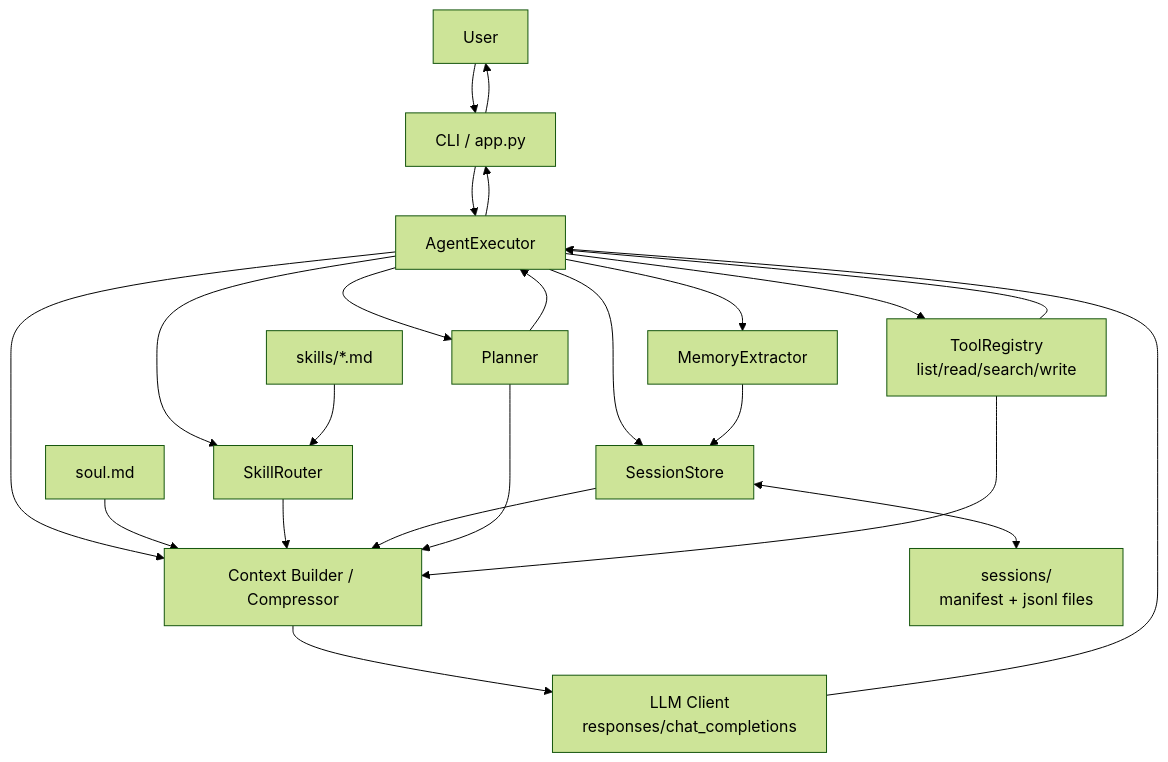
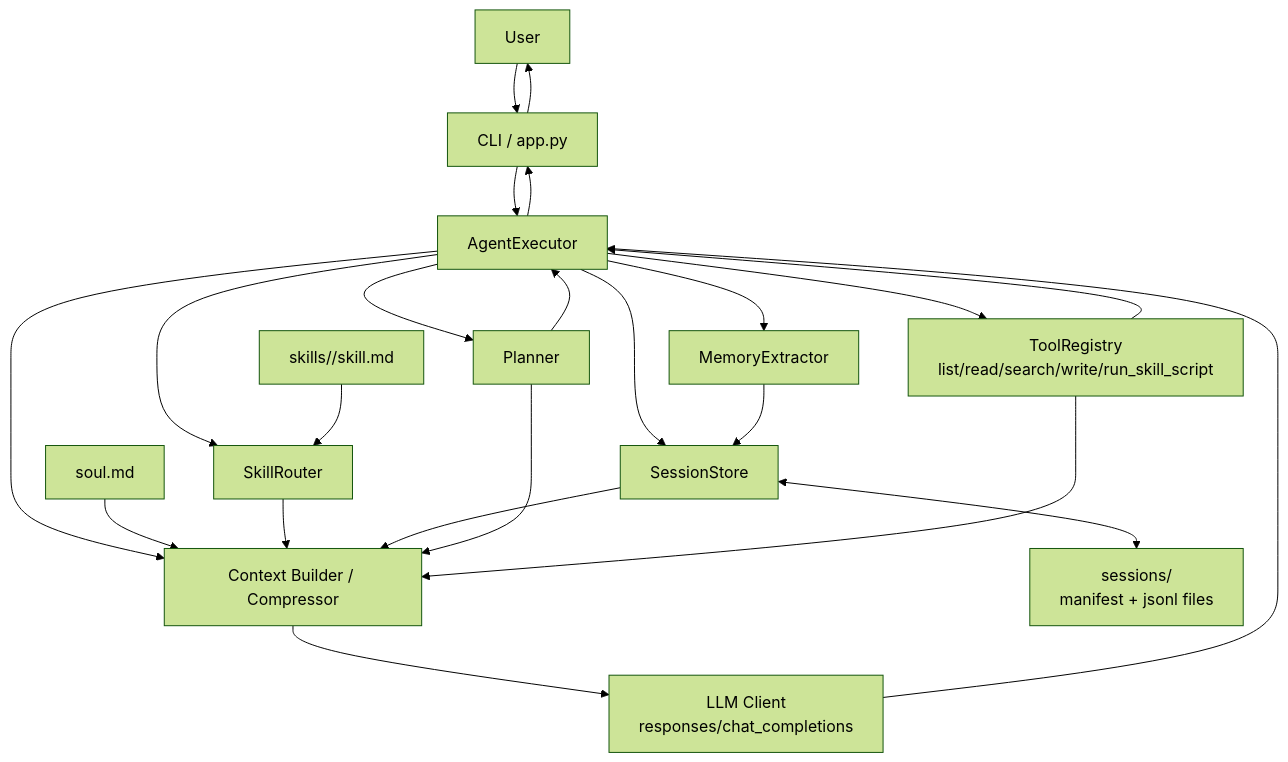
The first of 2 diagrams in docs/ARCHITECTURE_DIAGRAMS.md (AcebergChristian/AcebergSkillit), drawn with Mermaid (forest theme) before and after one commit. The commit also changed 19 other files, not shown here.

````diff
--- a/docs/ARCHITECTURE_DIAGRAMS.md
+++ b/docs/ARCHITECTURE_DIAGRAMS.md
@@ -7,49 +7,49 @@
 ```mermaid
 flowchart TB
     U[User]
     CLI[CLI / app.py]
     EX[AgentExecutor]
 
     SR[SkillRouter]
     PL[Planner]
-    TR[ToolRegistry\nlist/read/search/write]
+    TR[ToolRegistry\nlist/read/search/write/run_skill_script]
     SS[SessionStore]
     CM[Context Builder / Compressor]
     ME[MemoryExtractor]
     LLM[LLM Client\nresponses/chat_completions]
 
     SOUL[soul.md]
-    SK[skills/*.md]
+    SK[skills/<skill_id>/skill.md]
     SESS[sessions/\nmanifest + jsonl files]
 
     U --> CLI
     CLI --> EX
 
     EX --> SR
     SK --> SR
 
     EX --> SS
     SS <--> SESS
 
     EX --> PL
     PL --> EX
 
     EX --> TR
     TR --> EX
 
     EX --> CM
     SOUL --> CM
     SR --> CM
     SS --> CM
     PL --> CM
     TR --> CM
 
     CM --> LLM
     LLM --> EX
 
     EX --> ME
     ME --> SS
 
     EX --> CLI
     CLI --> U
 ```
````
